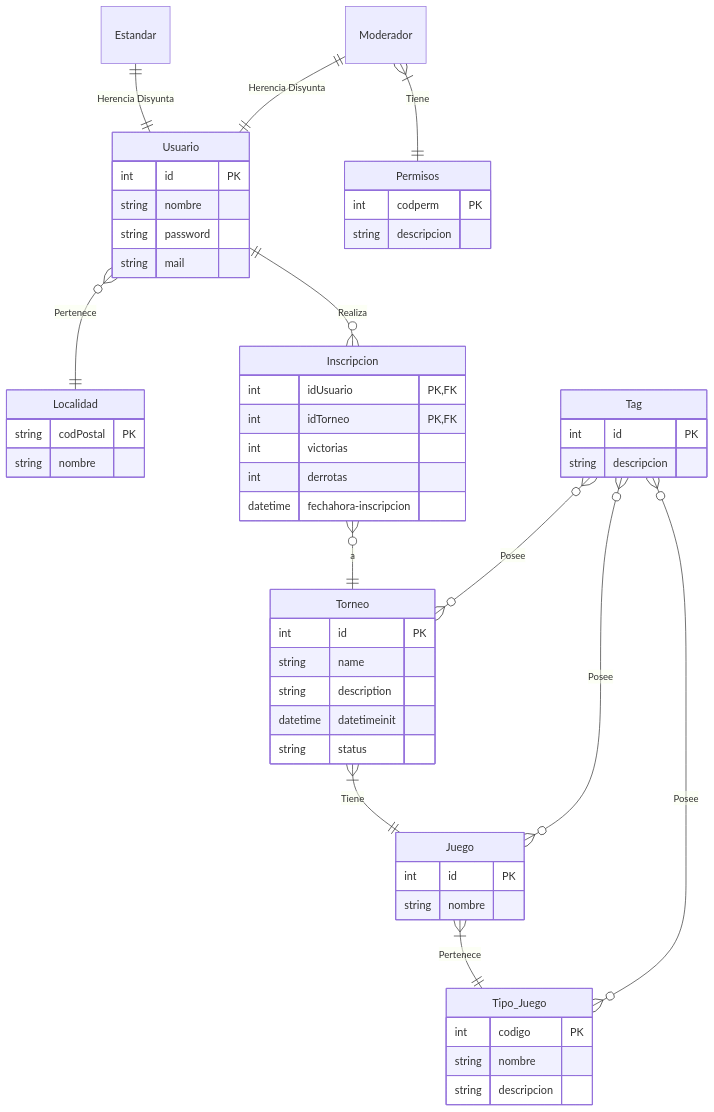
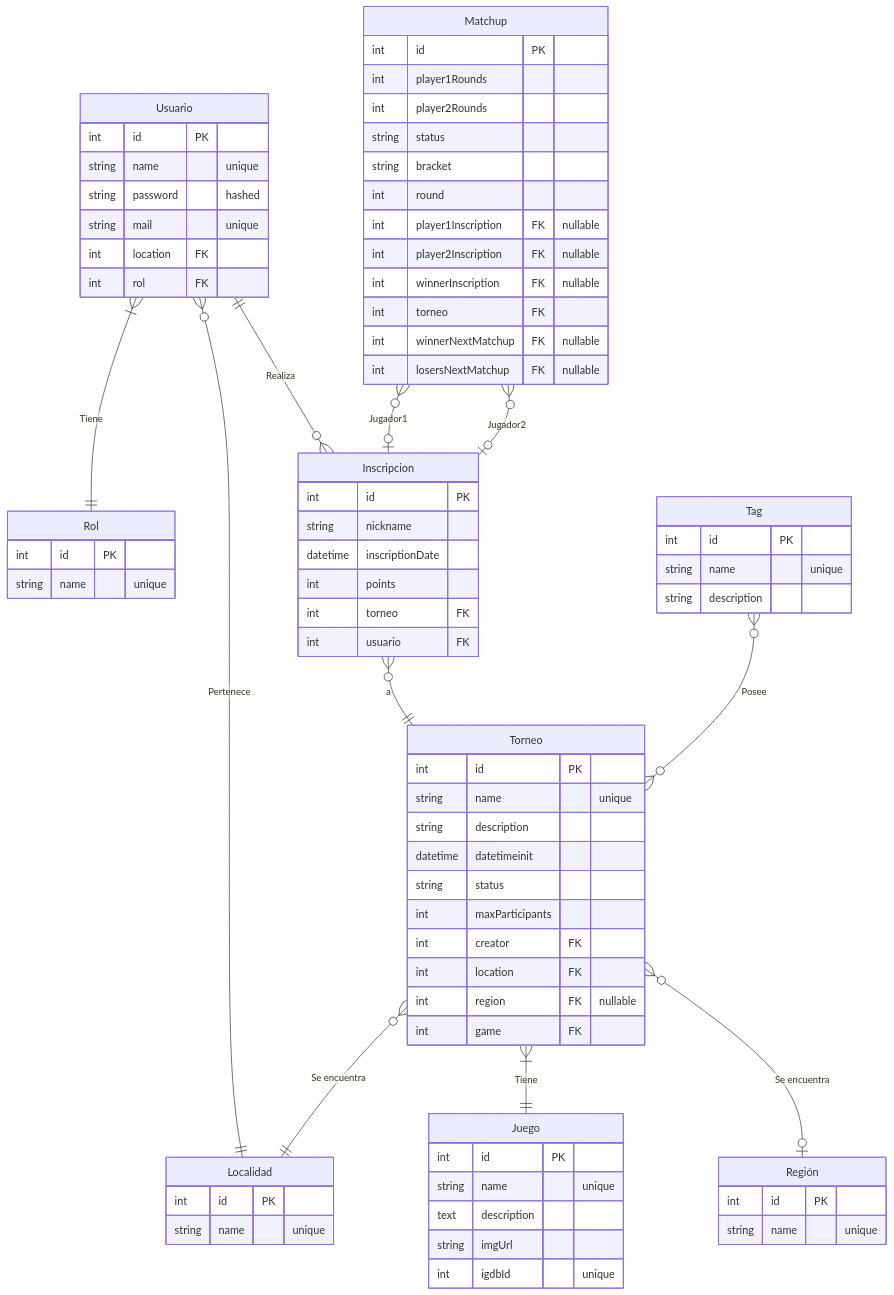
One commit to MarthQ/gestion-torneos-dsw changed the diagram in README.md. Above: the diagram before and after it, drawn with Mermaid. The commit also changed other lines of this file, not shown here.

Commit message:
Updated README.md to display correct actual data of the project

````diff
--- a/README.md
+++ b/README.md
@@ -32,70 +32,93 @@
 ```mermaid
 erDiagram
-    Usuario {
-        int id PK
-        string nombre
-        string password
-        string mail
-    }
 
-    Localidad {
-        string codPostal PK
-        string nombre
-    }
+Usuario {
+int id PK
+string name "unique"
+string password "hashed"
+string mail "unique"
+int location FK
+int rol FK
+}
 
-    Juego {
-        int id PK
-        string nombre
-    }
+Localidad {
+int id PK
+string name "unique"
+}
 
-    Tipo_Juego {
-        int codigo PK
-        string nombre
-        string descripcion
+Región {
+int id PK
+string name "unique"
+}
 
-    }
+Rol {
+int id PK
+string name "unique"
+}
 
-    Torneo {
-        int id PK
-        string name
-        string description
-        datetime datetimeinit
-        string status
-    }
+Juego {
+int id PK
+string name "unique"
+text description
+string imgUrl
+int igdbId "unique"
+}
 
-    Tag {
-        int id PK
-        string descripcion
-    }
+Torneo {
+int id PK
+string name "unique"
+string description
+datetime datetimeinit
+string status
+int maxParticipants
+int creator FK
+int location FK
+int region FK "nullable"
+int game FK
+}
 
+Tag {
+int id PK
+string name "unique"
+string description
+}
 
-    Inscripcion {
-        int idUsuario PK,FK
-        int idTorneo PK,FK
-        int victorias
-        int derrotas
-        datetime fechahora-inscripcion
-    }
+Inscripcion {
+int id PK
+string nickname
+datetime inscriptionDate
+int points
+int torneo FK
+int usuario FK
+}
 
-    Estandar {
-    }
+Matchup {
+int id PK
+int player1Rounds
+int player2Rounds
+string status
+string bracket
+int round
+int player1Inscription FK "nullable"
+int player2Inscription FK "nullable"
+int winnerInscription FK "nullable"
+int torneo FK
+int winnerNextMatchup FK "nullable"
+int losersNextMatchup FK "nullable"
+}
 
-    Moderador {}
-
-    Permisos {
-        int codperm PK
-        string descripcion
-    }
-
+    Usuario }|--|| Rol: Tiene
     Usuario }o--|| Localidad: Pertenece
     Usuario ||--o{ Inscripcion: Realiza
+
     Inscripcion }o--|| Torneo: a
+
     Torneo }|--|| Juego: Tiene
-    Juego }|--|| Tipo_Juego: Pertenece
-    Tag }o--o{ Tipo_Juego: Posee
-    Tag }o--o{ Juego: Posee
+    Torneo }o--|| Localidad: "Se encuentra"
+    Torneo }o--o| Región: "Se encuentra"
+
     Tag }o--o{ Torneo: Posee
-    Moderador }|--|| Permisos: Tiene
-    Estandar ||--|| Usuario: "Herencia Disyunta"
-    Moderador ||--|| Usuario: "Herencia Disyunta"
+
+    Matchup }o--o| Inscripcion: Jugador1
+    Matchup }o--o| Inscripcion: Jugador2
 ```
````
